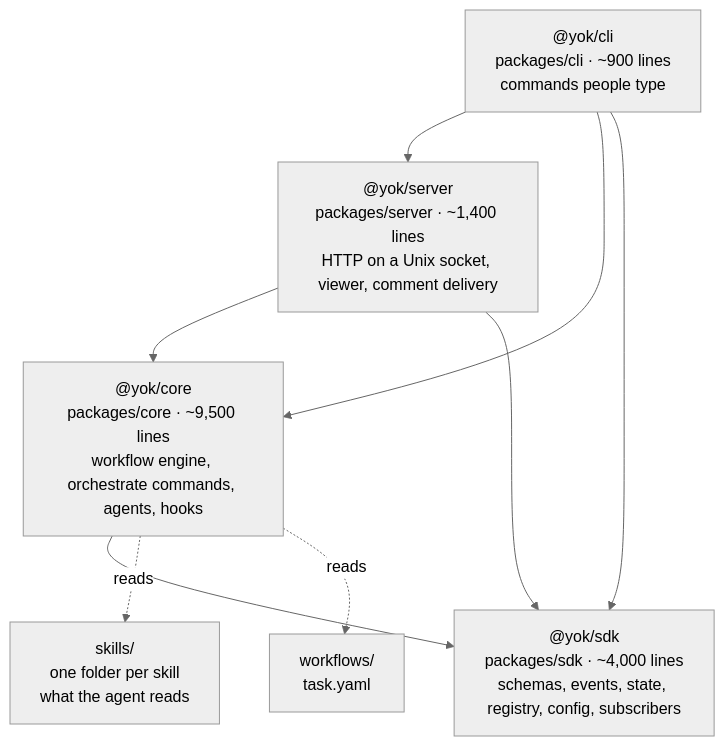
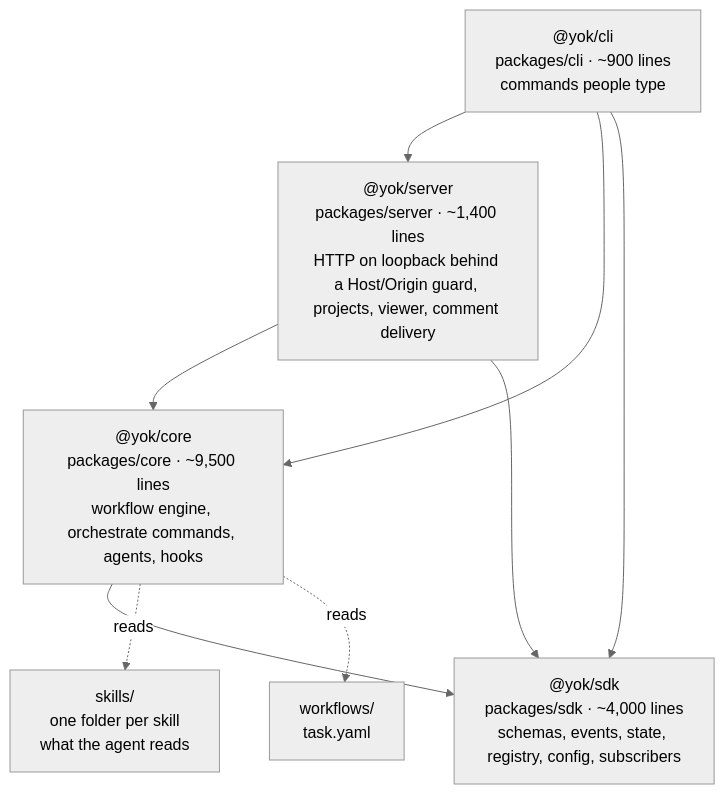
Before and after one commit to vertexcover-io/yok: the first of 2 diagrams in docs/guide/04-architecture.md, drawn with Mermaid (neutral theme). The commit also changed other lines of this file and 7 other files, not shown here.

Commit message:
docs: guide, glossary and learnings for the loopback server and the remote CLI

````diff
--- a/docs/guide/04-architecture.md
+++ b/docs/guide/04-architecture.md
@@ -7,18 +7,18 @@
 ```mermaid
 flowchart TD
     cli["@yok/cli<br/>packages/cli · ~900 lines<br/>commands people type"]
-    server["@yok/server<br/>packages/server · ~1,400 lines<br/>HTTP on a Unix socket, viewer, comment delivery"]
+    server["@yok/server<br/>packages/server · ~1,400 lines<br/>HTTP on loopback behind a Host/Origin guard, projects, viewer, comment delivery"]
     core["@yok/core<br/>packages/core · ~9,500 lines<br/>workflow engine, orchestrate commands, agents, hooks"]
     sdk["@yok/sdk<br/>packages/sdk · ~4,000 lines<br/>schemas, events, state, registry, config, subscribers"]
     skills["skills/<br/>one folder per skill<br/>what the agent reads"]
     workflows["workflows/<br/>task.yaml"]
 
     cli --> server
     cli --> core
     server --> core
     core --> sdk
     server --> sdk
     cli --> sdk
     core -.reads.-> skills
     core -.reads.-> workflows
 ```
````
